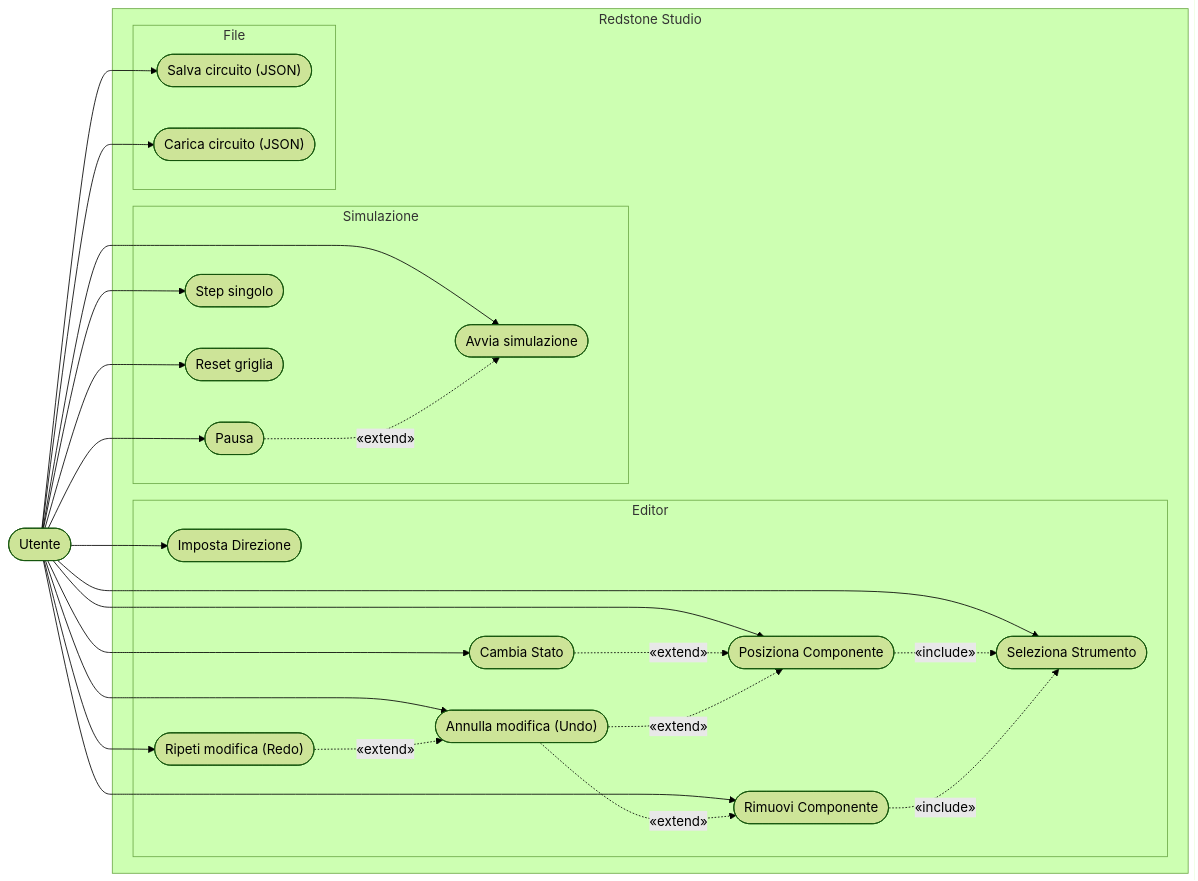
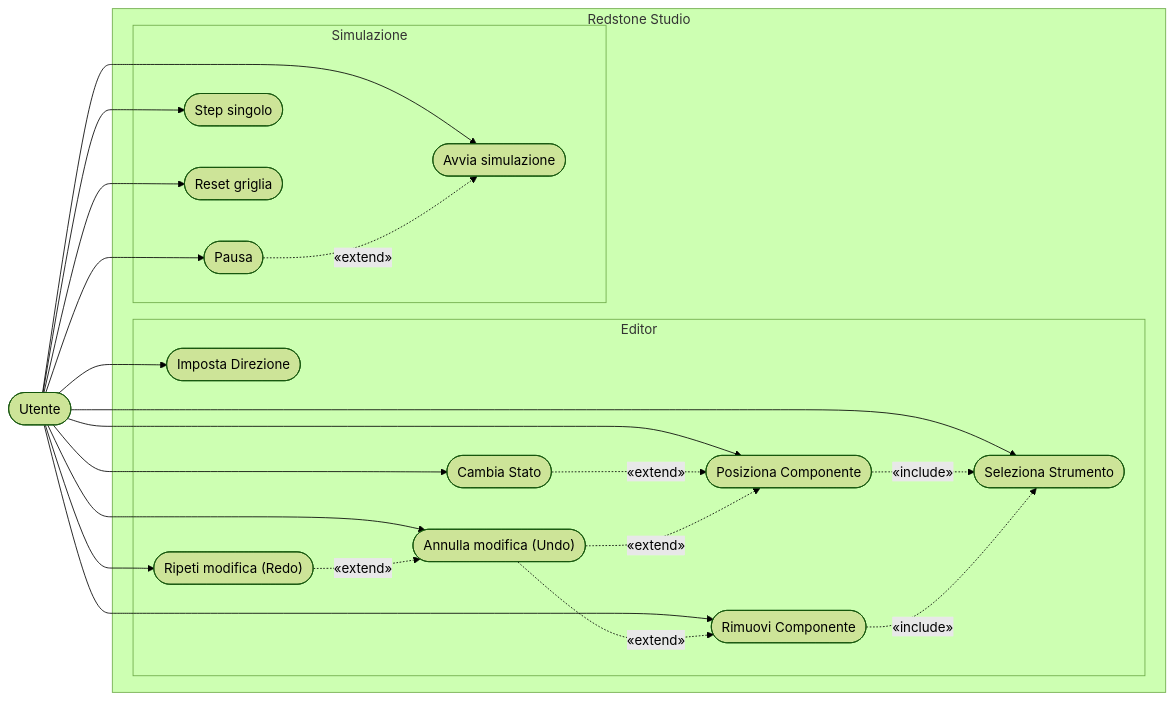
The diagram in PROJECT_USECASE.md (Dimi15/redstone-studio), drawn with Mermaid (forest theme) before and after one commit. The commit also changed 135 other files, not shown here.

````diff
--- a/PROJECT_USECASE.md
+++ b/PROJECT_USECASE.md
@@ -3,50 +3,43 @@
 ```mermaid
 flowchart LR
     U(["Utente"])
 
     subgraph RS["Redstone Studio"]
         subgraph Editor
             UC1(["Seleziona Strumento"])
             UC2(["Posiziona Componente"])
             UC3(["Rimuovi Componente"])
             UC4(["Cambia Stato"])
             UC5(["Imposta Direzione"])
             UC6(["Annulla modifica (Undo)"])
             UC7(["Ripeti modifica (Redo)"])
         end
 
         subgraph Simulazione
             UC8(["Avvia simulazione"])
             UC9(["Pausa"])
             UC10(["Step singolo"])
             UC11(["Reset griglia"])
         end
-
-        subgraph File
-            UC12(["Salva circuito (JSON)"])
-            UC13(["Carica circuito (JSON)"])
-        end
     end
 
     U --> UC1
     U --> UC2
     U --> UC3
     U --> UC4
     U --> UC5
     U --> UC6
     U --> UC7
     U --> UC8
     U --> UC9
     U --> UC10
     U --> UC11
-    U --> UC12
-    U --> UC13
 
     UC2 -. "«include»" .-> UC1
     UC3 -. "«include»" .-> UC1
     UC4 -. "«extend»" .-> UC2
     UC9 -. "«extend»" .-> UC8
     UC6 -. "«extend»" .-> UC2
     UC6 -. "«extend»" .-> UC3
     UC7 -. "«extend»" .-> UC6
 ```
````
